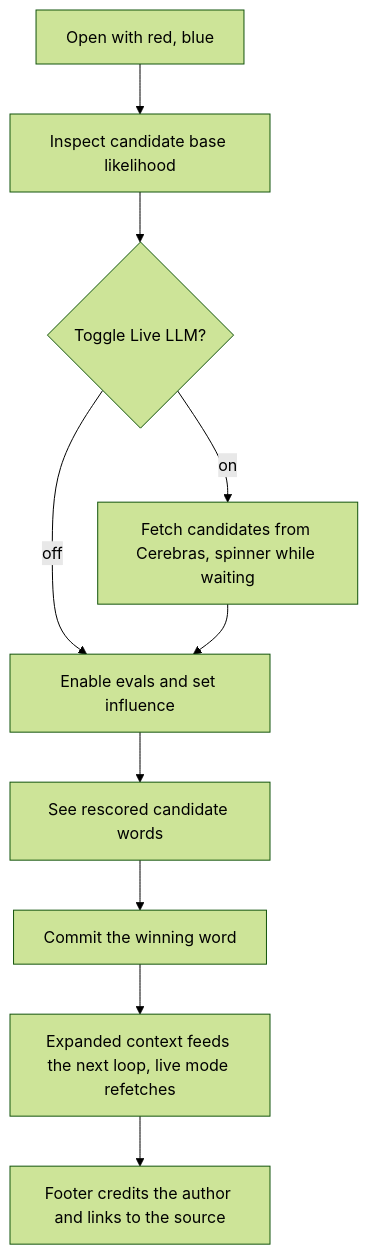
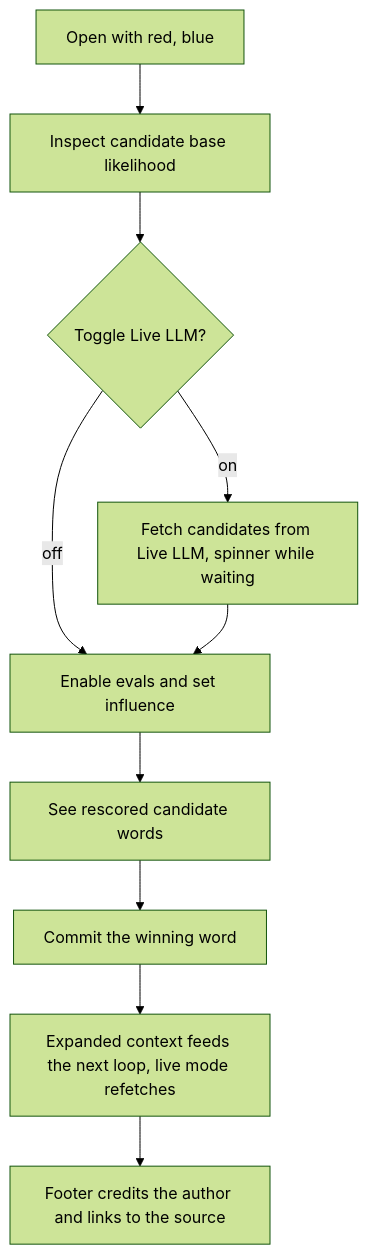
One commit to johnpfeiffer/demoevals changed the second of 2 diagrams in architecture.md. Above: the diagram before and after it, drawn with Mermaid (forest theme). The commit also changed other lines of this file and 5 other files, not shown here.

````diff
--- a/architecture.md
+++ b/architecture.md
@@ -42,12 +38,12 @@
 ```mermaid
 flowchart TD
   A[Open with red, blue] --> B[Inspect candidate base likelihood]
   B --> M{Toggle Live LLM?}
   M -->|off| C[Enable evals and set influence]
-  M -->|on| L[Fetch candidates from Cerebras, spinner while waiting]
+  M -->|on| L[Fetch candidates from Live LLM, spinner while waiting]
   L --> C
   C --> D[See rescored candidate words]
   D --> E[Commit the winning word]
   E --> F[Expanded context feeds the next loop, live mode refetches]
   F --> G[Footer credits the author and links to the source]
 ```
````
